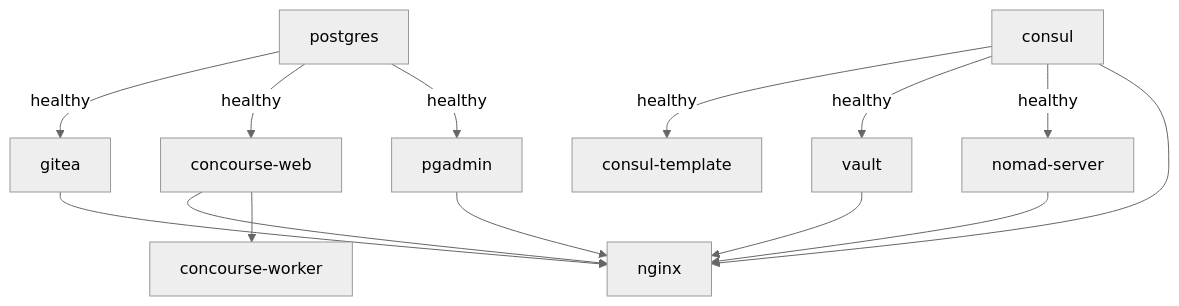
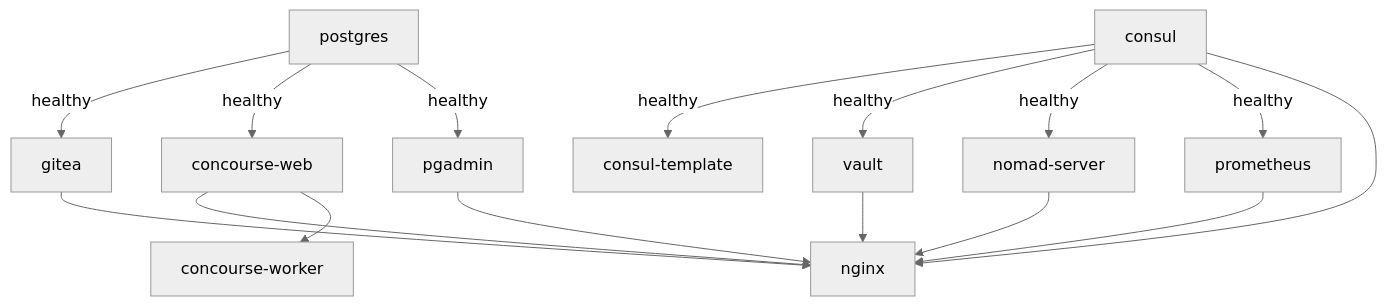
One commit to bryan-abrams/mini-cloud changed the third of 7 diagrams in docs/architecture.md. Above: the diagram before and after it, drawn with Mermaid (neutral theme). The commit also changed other lines of this file and 9 other files, not shown here.

````diff
--- a/docs/architecture.md
+++ b/docs/architecture.md
@@ -124,22 +129,24 @@
 ```mermaid
 flowchart TD
     postgres["postgres"]
     consul["consul"]
 
     postgres -->|healthy| gitea["gitea"]
     postgres -->|healthy| concourse_web["concourse-web"]
     postgres -->|healthy| pgadmin["pgadmin"]
 
     consul -->|healthy| consul_template["consul-template"]
     consul -->|healthy| vault["vault"]
     consul -->|healthy| nomad_server["nomad-server"]
+    consul -->|healthy| prometheus["prometheus"]
 
     gitea --> nginx["nginx"]
     vault --> nginx
     concourse_web --> nginx
     pgadmin --> nginx
     consul --> nginx
     nomad_server --> nginx
+    prometheus --> nginx
 
     concourse_web --> concourse_worker["concourse-worker"]
 ```
````
